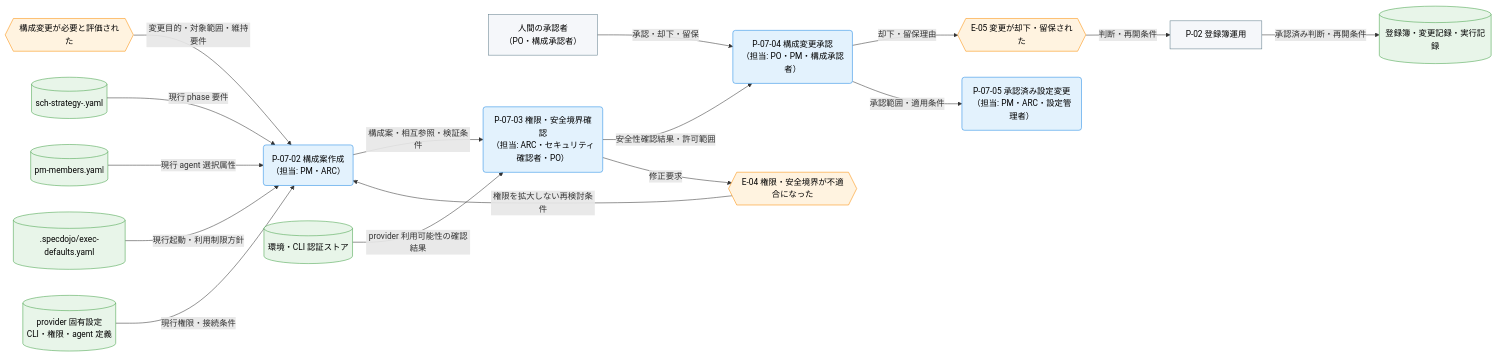
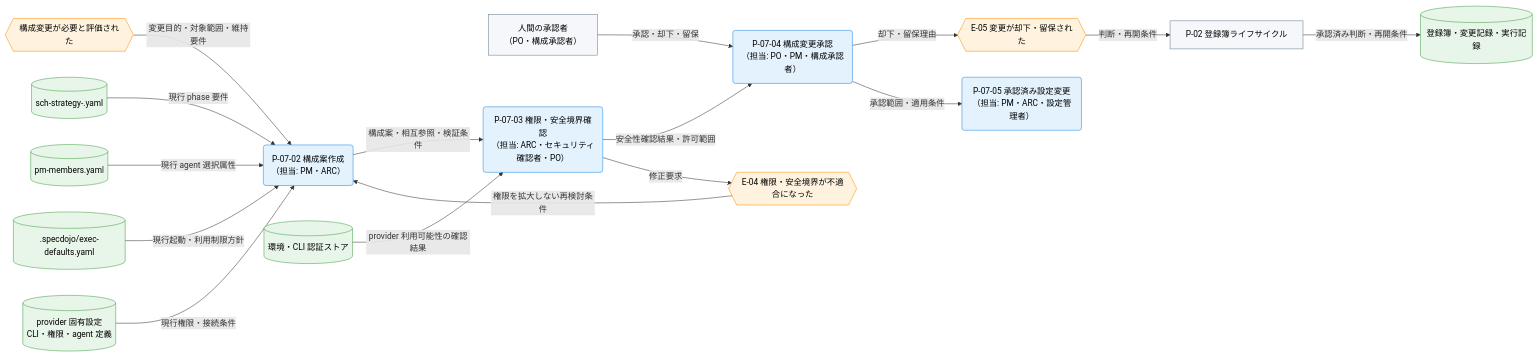
One commit to specdojo/specdojo changed the second of 3 diagrams in docs/ja/product/010-business-specs/010-data-flow/cdfd-agent-config-operation.md. Above: the diagram before and after it, drawn with Mermaid. The commit also changed other lines of this file and 18 other files, not shown here.

First line of the commit message:
exec(T-DATA-FLOW-cdfd-overview-140): finalize cdfd-overview bootstrap

````diff
--- a/docs/ja/product/010-business-specs/010-data-flow/cdfd-agent-config-operation.md
+++ b/docs/ja/product/010-business-specs/010-data-flow/cdfd-agent-config-operation.md
@@ -88,47 +88,47 @@
 ```mermaid
 flowchart LR
   classDef process fill:#e3f2fd,stroke:#1e88e5,color:#000
   classDef event fill:#fff3e0,stroke:#fb8c00,color:#000
   classDef store fill:#e8f5e9,stroke:#43a047,color:#000
   classDef actor fill:#f5f7fa,stroke:#607d8b,color:#000
 
   人間承認者["人間の承認者<br>（PO・構成承認者）"]
-  登録簿運用["P-02 登録簿運用"]
+  登録簿ライフサイクル["P-02 登録簿ライフサイクル"]
 
   構成変更必要{{"構成変更が必要と評価された"}}
   安全確認不合格{{"E-04 権限・安全境界が不適合になった"}}
   承認不成立{{"E-05 変更が却下・留保された"}}
 
   構成案作成("P-07-02 構成案作成<br>（担当: PM・ARC）")
   権限安全境界確認("P-07-03 権限・安全境界確認<br>（担当: ARC・セキュリティ確認者・PO）")
   構成変更承認("P-07-04 構成変更承認<br>（担当: PO・PM・構成承認者）")
   承認済み設定変更("P-07-05 承認済み設定変更<br>（担当: PM・ARC・設定管理者）")
 
   変更実行記録[("登録簿・変更記録・実行記録")]
   スケジュール戦略[("sch-strategy-<track>.yaml")]
   memberRoster[("pm-members.yaml")]
   provider実行既定[(".specdojo/exec-defaults.yaml")]
   provider固有設定[("provider 固有設定<br>CLI・権限・agent 定義")]
   認証ストア[("環境・CLI 認証ストア")]
 
   構成変更必要 -->|"変更目的・対象範囲・維持要件"| 構成案作成
   スケジュール戦略 -->|"現行 phase 要件"| 構成案作成
   memberRoster -->|"現行 agent 選択属性"| 構成案作成
   provider実行既定 -->|"現行起動・利用制限方針"| 構成案作成
   provider固有設定 -->|"現行権限・接続条件"| 構成案作成
   構成案作成 -->|"構成案・相互参照・検証条件"| 権限安全境界確認
   認証ストア -->|"provider 利用可能性の確認結果"| 権限安全境界確認
   権限安全境界確認 -->|"安全性確認結果・許可範囲"| 構成変更承認
   権限安全境界確認 -->|"修正要求"| 安全確認不合格
   安全確認不合格 -->|"権限を拡大しない再検討条件"| 構成案作成
   人間承認者 -->|"承認・却下・留保"| 構成変更承認
   構成変更承認 -->|"却下・留保理由"| 承認不成立
-  承認不成立 -->|"判断・再開条件"| 登録簿運用
+  承認不成立 -->|"判断・再開条件"| 登録簿ライフサイクル
   構成変更承認 -->|"承認範囲・適用条件"| 承認済み設定変更
-  登録簿運用 -->|"承認済み判断・再開条件"| 変更実行記録
+  登録簿ライフサイクル -->|"承認済み判断・再開条件"| 変更実行記録
 
   class 構成案作成,権限安全境界確認,構成変更承認,承認済み設定変更 process
   class 構成変更必要,安全確認不合格,承認不成立 event
   class 変更実行記録,スケジュール戦略,memberRoster,provider実行既定,provider固有設定,認証ストア store
-  class 人間承認者,登録簿運用 actor
+  class 人間承認者,登録簿ライフサイクル actor
 ```
````
